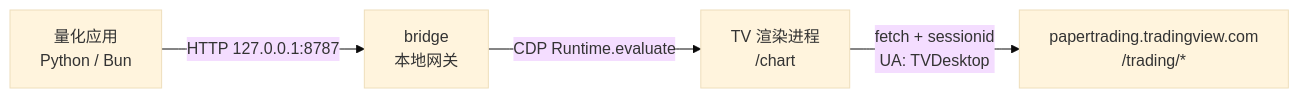
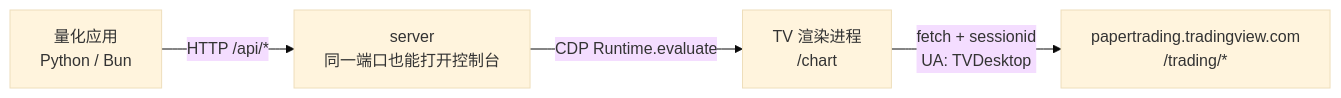
The diagram in README.md (CN059/tv-paper-api), drawn with Mermaid (base theme) before and after one commit. The commit also changed other lines of this file and 39 other files, not shown here.

````diff
--- a/README.md
+++ b/README.md
@@ -49,6 +55,6 @@
 ```mermaid
 flowchart LR
-  Q["量化应用<br/>Python / Bun"] -->|"HTTP 127.0.0.1:8787"| B["bridge<br/>本地网关"]
+  Q["量化应用<br/>Python / Bun"] -->|"HTTP /api/*"| B["server<br/>同一端口也能打开控制台"]
   B -->|"CDP Runtime.evaluate"| P["TV 渲染进程<br/>/chart"]
   P -->|"fetch + sessionid<br/>UA: TVDesktop"| S["papertrading.tradingview.com<br/>/trading/*"]
 ```
````
